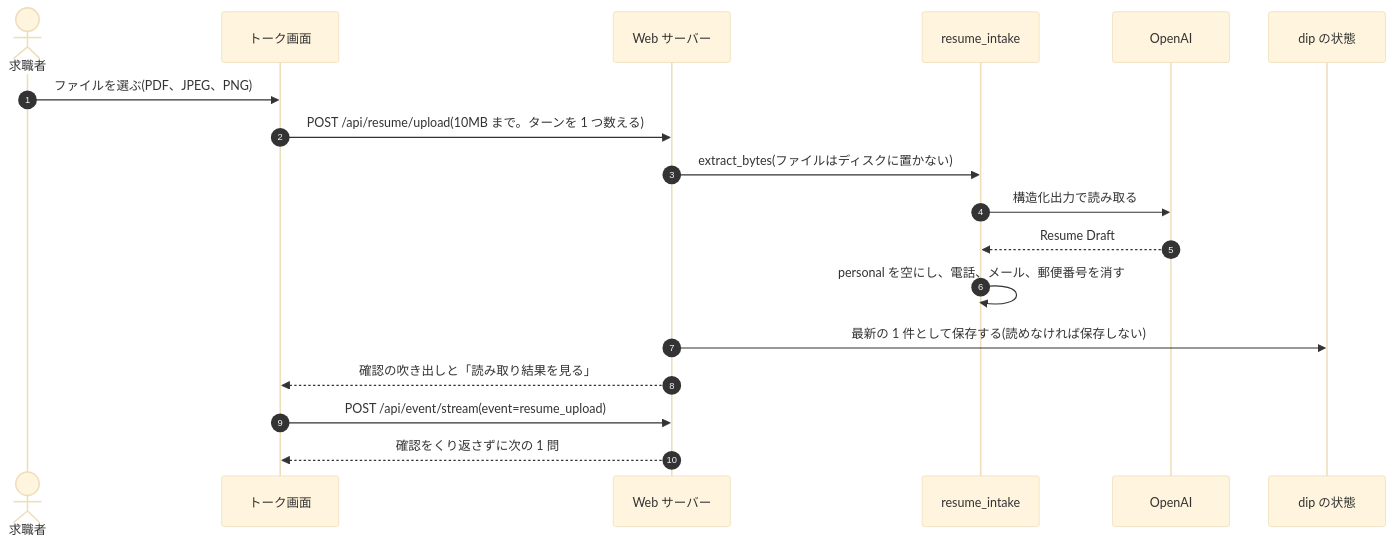
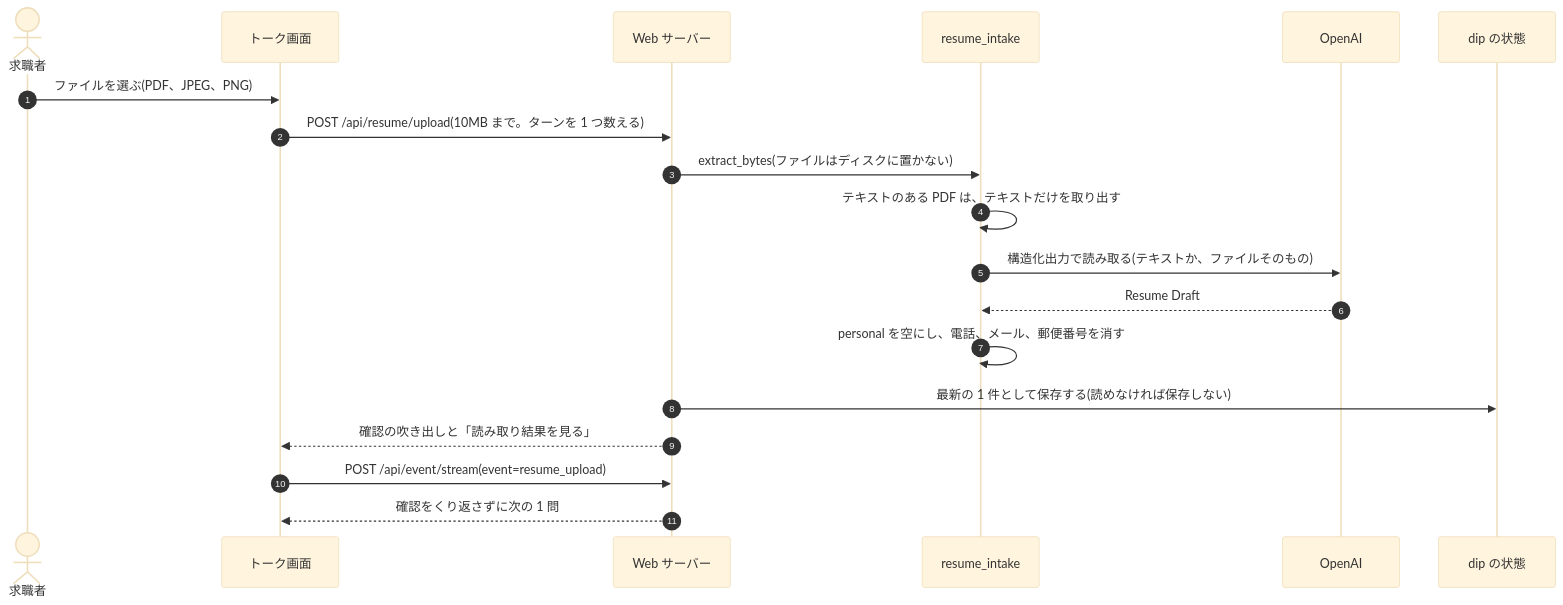
The fifth of 14 diagrams in docs/architecture/hld.md (jyoka/aica), drawn with Mermaid (base theme) before and after one commit. The commit also changed other lines of this file and 9 other files, not shown here.

````diff
--- a/docs/architecture/hld.md
+++ b/docs/architecture/hld.md
@@ -416,21 +416,22 @@
 ```mermaid
 sequenceDiagram
     autonumber
     actor U as 求職者
     participant P as トーク画面
     participant S as Web サーバー
     participant I as resume_intake
     participant O as OpenAI
     participant D as dip の状態
 
     U->>P: ファイルを選ぶ(PDF、JPEG、PNG)
     P->>S: POST /api/resume/upload(10MB まで。ターンを 1 つ数える)
     S->>I: extract_bytes(ファイルはディスクに置かない)
-    I->>O: 構造化出力で読み取る
+    I->>I: テキストのある PDF は、テキストだけを取り出す
+    I->>O: 構造化出力で読み取る(テキストか、ファイルそのもの)
     O-->>I: Resume Draft
     I->>I: personal を空にし、電話、メール、郵便番号を消す
     S->>D: 最新の 1 件として保存する(読めなければ保存しない)
     S-->>P: 確認の吹き出しと「読み取り結果を見る」
     P->>S: POST /api/event/stream(event=resume_upload)
     S-->>P: 確認をくり返さずに次の 1 問
 ```
````
